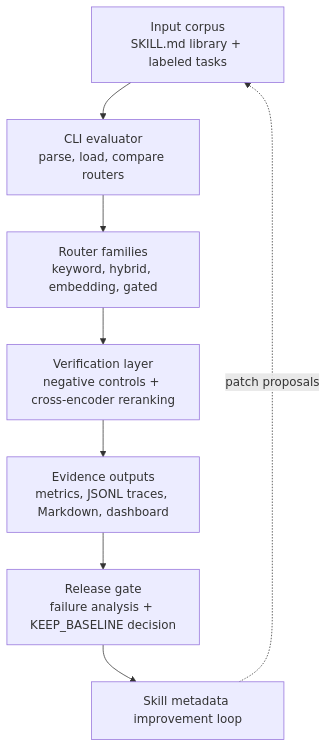
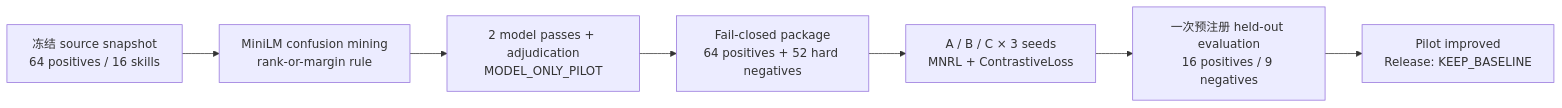
One commit to Raidriar7170/hermes-skilleval changed the first of 2 diagrams in README.md. Above: the diagram before and after it, drawn with Mermaid. The commit also changed other lines of this file and 1 other file, not shown here.

````diff
--- a/README.md
+++ b/README.md
@@ -207,13 +112,12 @@
 ```mermaid
-flowchart TD
-    source["Input corpus<br/>SKILL.md library + labeled tasks"]
-    eval["CLI evaluator<br/>parse, load, compare routers"]
-    routers["Router families<br/>keyword, hybrid, embedding, gated"]
-    rerank["Verification layer<br/>negative controls + cross-encoder reranking"]
-    evidence["Evidence outputs<br/>metrics, JSONL traces, Markdown, dashboard"]
-    gate["Release gate<br/>failure analysis + KEEP_BASELINE decision"]
-    improve["Skill metadata improvement loop"]
+flowchart LR
+    source["冻结 source snapshot<br/>64 positives / 16 skills"]
+    mine["MiniLM confusion mining<br/>rank-or-margin rule"]
+    review["2 model passes + adjudication<br/>MODEL_ONLY_PILOT"]
+    package["Fail-closed package<br/>64 positives + 52 hard negatives"]
+    train["A / B / C × 3 seeds<br/>MNRL + ContrastiveLoss"]
+    eval["一次预注册 held-out evaluation<br/>16 positives / 9 negatives"]
+    decision["Pilot improved<br/>Release: KEEP_BASELINE"]
 
-    source --> eval --> routers --> rerank --> evidence --> gate --> improve
-    improve -. patch proposals .-> source
+    source --> mine --> review --> package --> train --> eval --> decision
 ```
````
